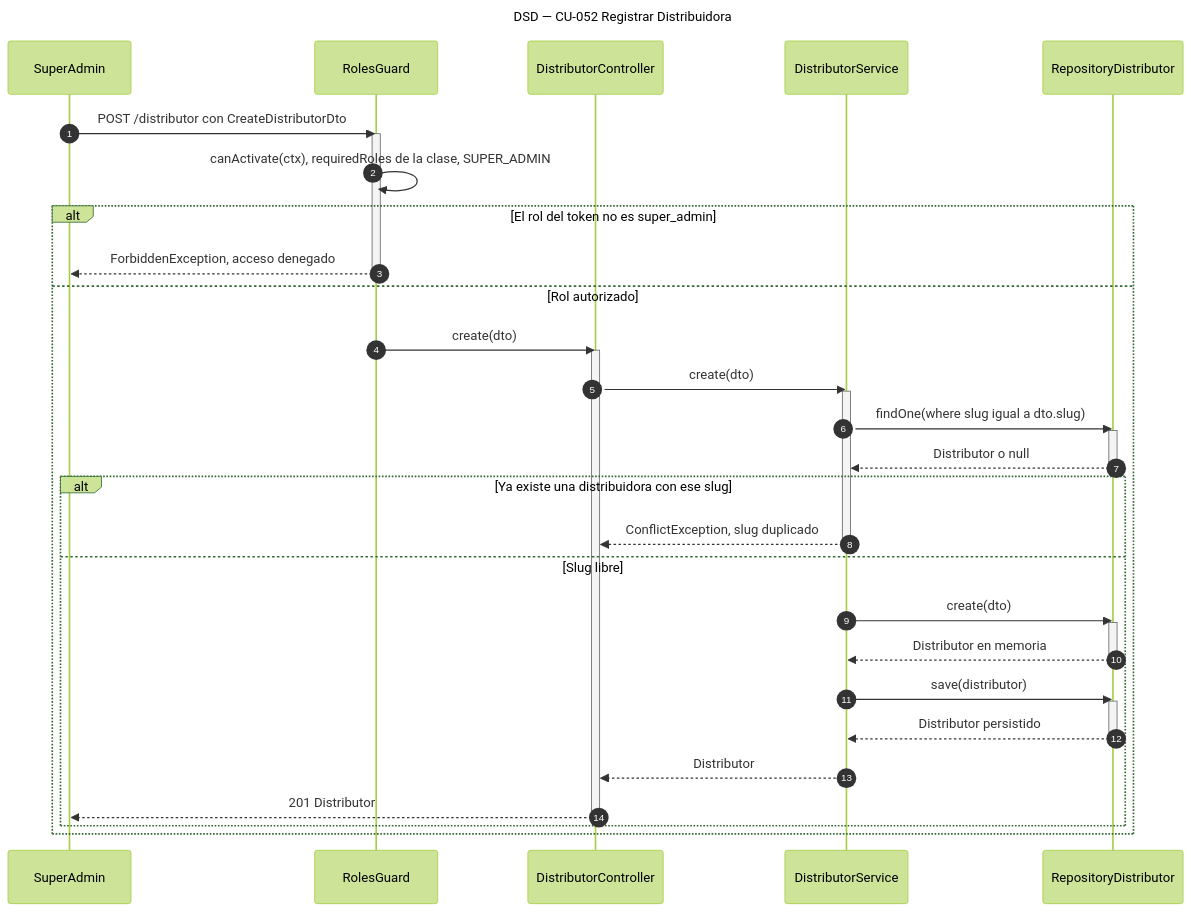
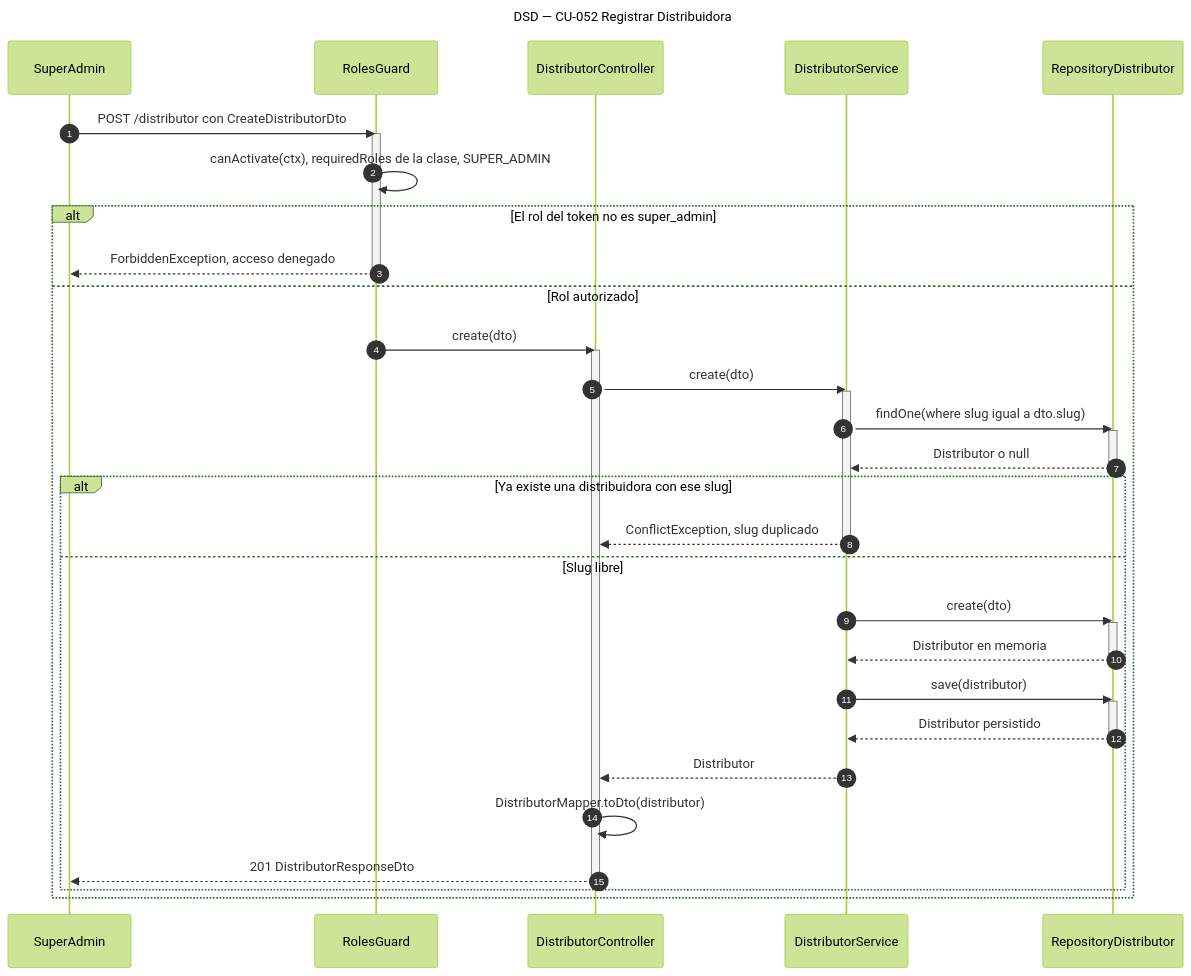
Before and after one commit to Nahuelito-Dev/splg-docs: the diagram in diagramas/DSD_CU-052_Registrar-Distribuidora.mmd, drawn with Mermaid (forest theme). The commit also changed 4 other files, not shown here.

Commit message:
docs(dsd): distribuidoras con DistributorResponseDto

```diff
--- a/diagramas/DSD_CU-052_Registrar-Distribuidora.mmd
+++ b/diagramas/DSD_CU-052_Registrar-Distribuidora.mmd
@@ -1,41 +1,42 @@
 sequenceDiagram
     title DSD — CU-052 Registrar Distribuidora
     autonumber
     participant SA as SuperAdmin
     participant GRD as RolesGuard
     participant CTRL as DistributorController
     participant SRV as DistributorService
     participant REPO as RepositoryDistributor
 
     SA->>GRD: POST /distributor con CreateDistributorDto
     activate GRD
     GRD->>GRD: canActivate(ctx), requiredRoles de la clase, SUPER_ADMIN
     alt El rol del token no es super_admin
         GRD-->>SA: ForbiddenException, acceso denegado
         deactivate GRD
     else Rol autorizado
         GRD->>CTRL: create(dto)
         activate CTRL
         CTRL->>SRV: create(dto)
         activate SRV
         SRV->>REPO: findOne(where slug igual a dto.slug)
         activate REPO
         REPO-->>SRV: Distributor o null
         deactivate REPO
         alt Ya existe una distribuidora con ese slug
             SRV-->>CTRL: ConflictException, slug duplicado
             deactivate SRV
         else Slug libre
             SRV->>REPO: create(dto)
             activate REPO
             REPO-->>SRV: Distributor en memoria
             deactivate REPO
             SRV->>REPO: save(distributor)
             activate REPO
             REPO-->>SRV: Distributor persistido
             deactivate REPO
             SRV-->>CTRL: Distributor
-            CTRL-->>SA: 201 Distributor
+            CTRL->>CTRL: DistributorMapper.toDto(distributor)
+            CTRL-->>SA: 201 DistributorResponseDto
             deactivate CTRL
         end
     end
```
